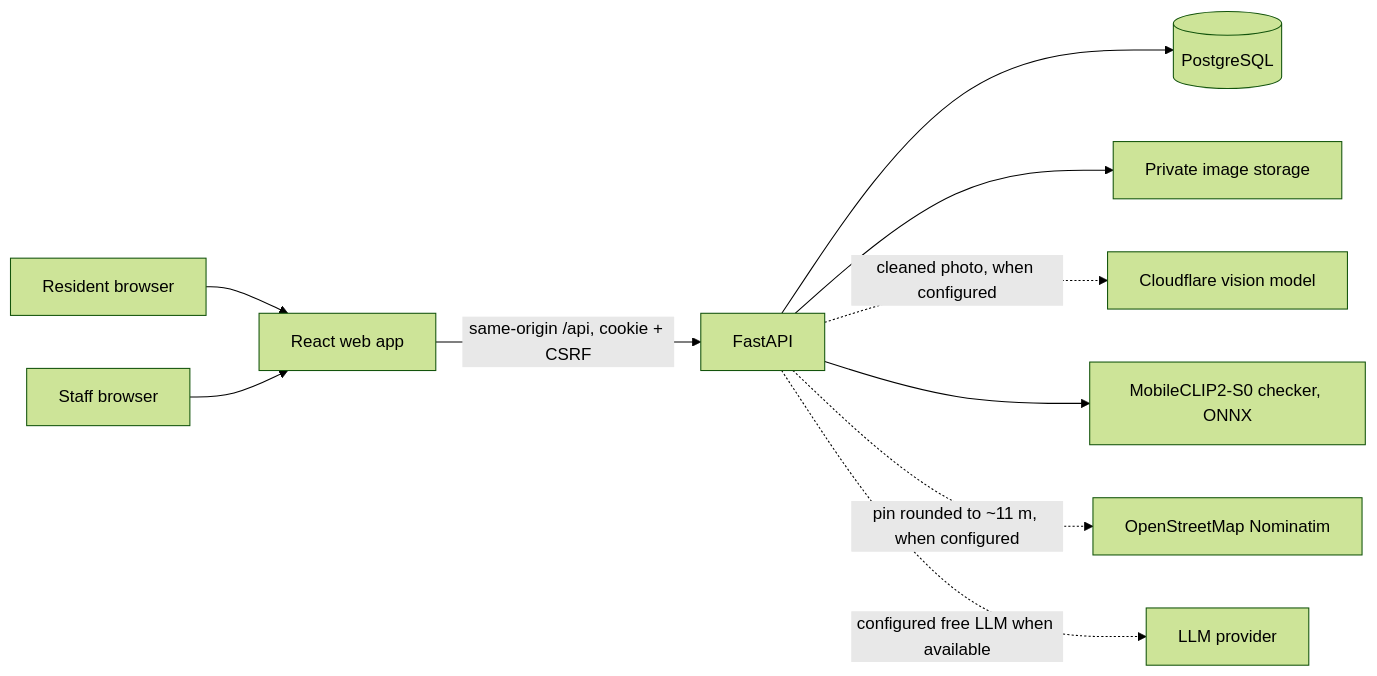
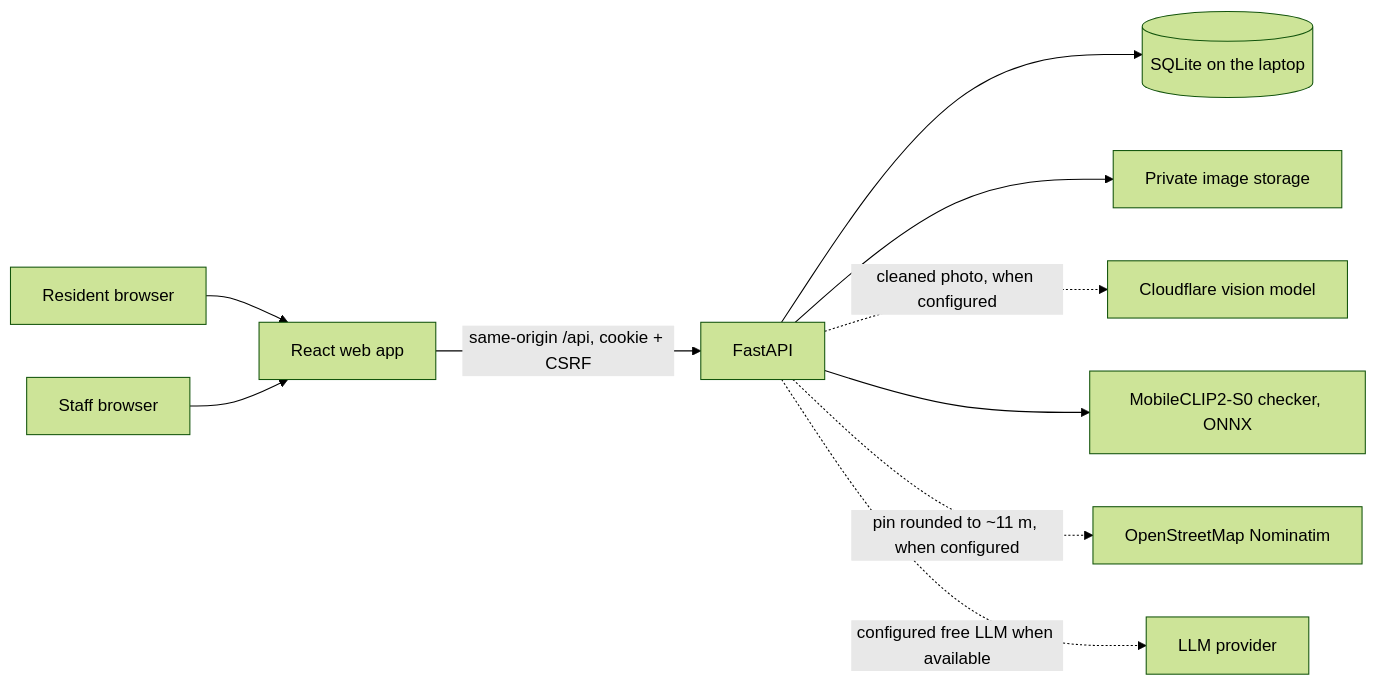
Before and after one commit to kwibuloy/barangAI: the first of 2 diagrams in docs/architecture.md, drawn with Mermaid (forest theme). The commit also changed other lines of this file and 36 other files, not shown here.

````diff
--- a/docs/architecture.md
+++ b/docs/architecture.md
@@ -3,12 +3,12 @@
 ```mermaid
 flowchart LR
   R[Resident browser] --> W[React web app]
   S[Staff browser] --> W
   W -->|same-origin /api, cookie + CSRF| A[FastAPI]
-  A --> P[(PostgreSQL)]
+  A --> P[(SQLite on the laptop)]
   A --> M[Private image storage]
   A -. cleaned photo, when configured .-> V[Cloudflare vision model]
   A --> C[MobileCLIP2-S0 checker, ONNX]
   A -. pin rounded to ~11 m, when configured .-> G[OpenStreetMap Nominatim]
   A -. configured free LLM when available .-> L[LLM provider]
 ```
````
